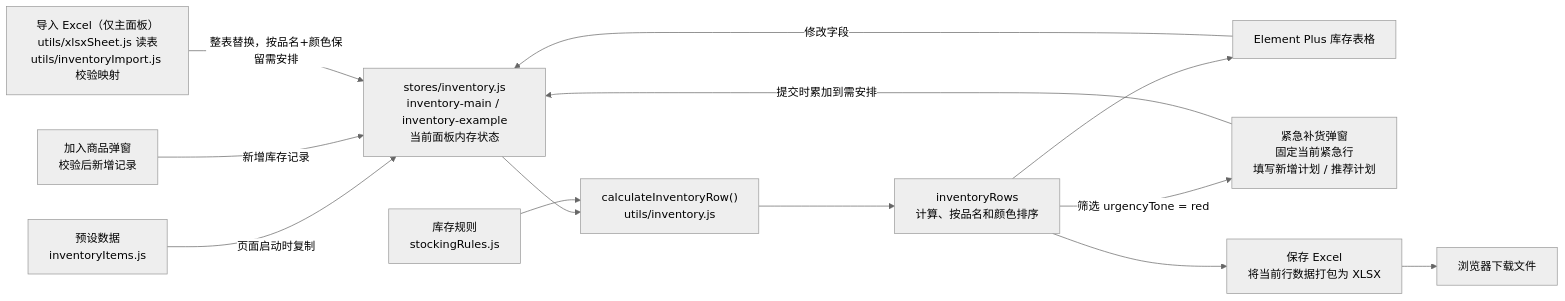
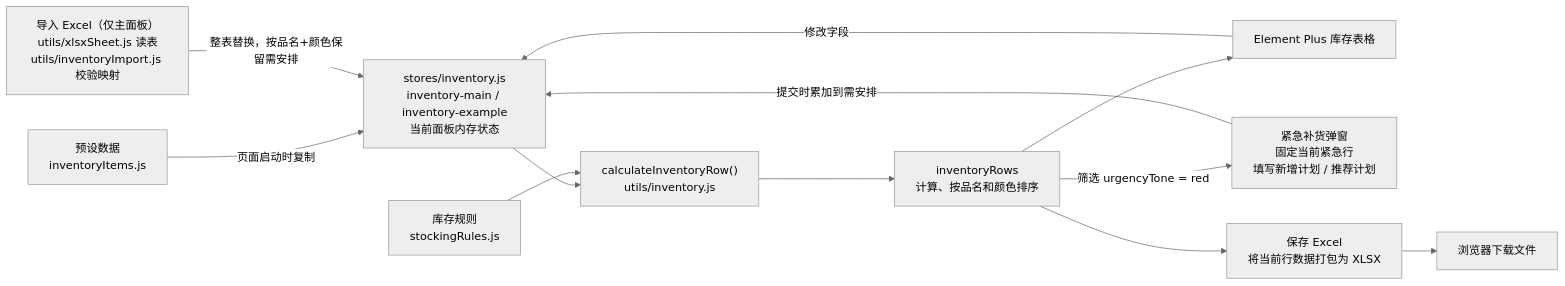
One commit to HugoCosette/kucunyujing changed the second of 2 diagrams in 项目架构图.md. Above: the diagram before and after it, drawn with Mermaid (neutral theme). The commit also changed other lines of this file and 8 other files, not shown here.

````diff
--- a/项目架构图.md
+++ b/项目架构图.md
@@ -50,26 +50,24 @@
 ```mermaid
 flowchart LR
     Seed["预设数据<br/>inventoryItems.js"]
     State["stores/inventory.js<br/>inventory-main / inventory-example<br/>当前面板内存状态"]
     Rules["库存规则<br/>stockingRules.js"]
     Calc["calculateInventoryRow()<br/>utils/inventory.js"]
     Rows["inventoryRows<br/>计算、按品名和颜色排序"]
     Table["Element Plus 库存表格"]
     Urgent["紧急补货弹窗<br/>固定当前紧急行<br/>填写新增计划 / 推荐计划"]
-    Add["加入商品弹窗<br/>校验后新增记录"]
     Export["保存 Excel<br/>将当前行数据打包为 XLSX"]
     Import["导入 Excel（仅主面板）<br/>utils/xlsxSheet.js 读表<br/>utils/inventoryImport.js 校验映射"]
     Download["浏览器下载文件"]
 
     Seed -->|"页面启动时复制"| State
     State --> Calc
     Rules --> Calc
     Calc --> Rows
     Rows --> Table
     Rows -->|"筛选 urgencyTone = red"| Urgent
     Table -->|"修改字段"| State
-    Add -->|"新增库存记录"| State
     Urgent -->|"提交时累加到需安排"| State
     Import -->|"整表替换，按品名+颜色保留需安排"| State
     Rows --> Export --> Download
 ```
````
